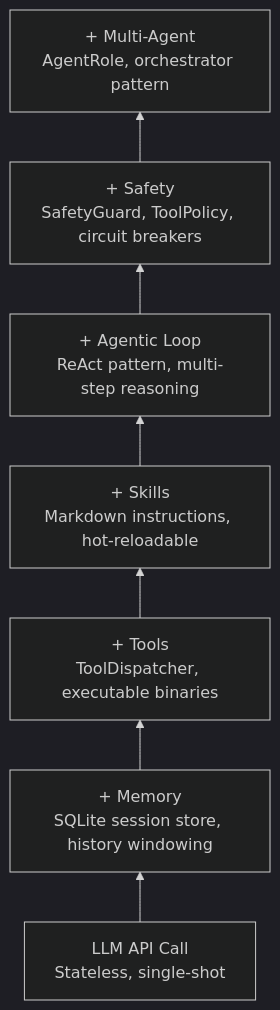
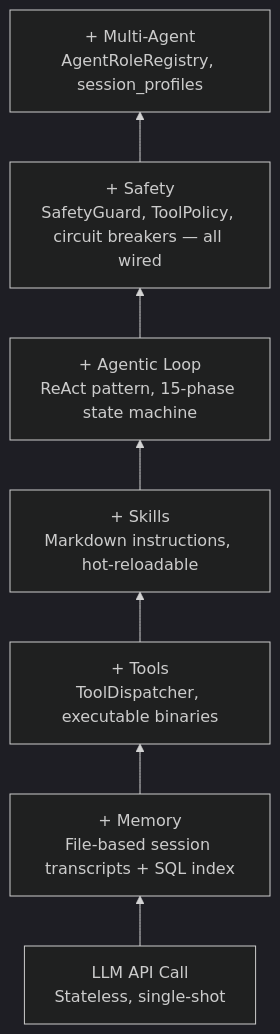
One commit to ashuksingh11/tizenclaw changed the fifth of 5 diagrams in docs_detailed/04_AGENTIC_AI_CONCEPTS.md. Above: the diagram before and after it, drawn with Mermaid (dark theme). The commit also changed other lines of this file and 15 other files, not shown here.

````diff
--- a/docs_detailed/04_AGENTIC_AI_CONCEPTS.md
+++ b/docs_detailed/04_AGENTIC_AI_CONCEPTS.md
@@ -416,9 +486,9 @@
 ```mermaid
 flowchart BT
-    A[LLM API Call\nStateless, single-shot] --> B[+ Memory\nSQLite session store, history windowing]
+    A[LLM API Call\nStateless, single-shot] --> B[+ Memory\nFile-based session transcripts + SQL index]
     B --> C[+ Tools\nToolDispatcher, executable binaries]
     C --> D[+ Skills\nMarkdown instructions, hot-reloadable]
-    D --> E[+ Agentic Loop\nReAct pattern, multi-step reasoning]
-    E --> F[+ Safety\nSafetyGuard, ToolPolicy, circuit breakers]
-    F --> G[+ Multi-Agent\nAgentRole, orchestrator pattern]
+    D --> E[+ Agentic Loop\nReAct pattern, 15-phase state machine]
+    E --> F[+ Safety\nSafetyGuard, ToolPolicy, circuit breakers — all wired]
+    F --> G[+ Multi-Agent\nAgentRoleRegistry, session_profiles]
 ```
````
